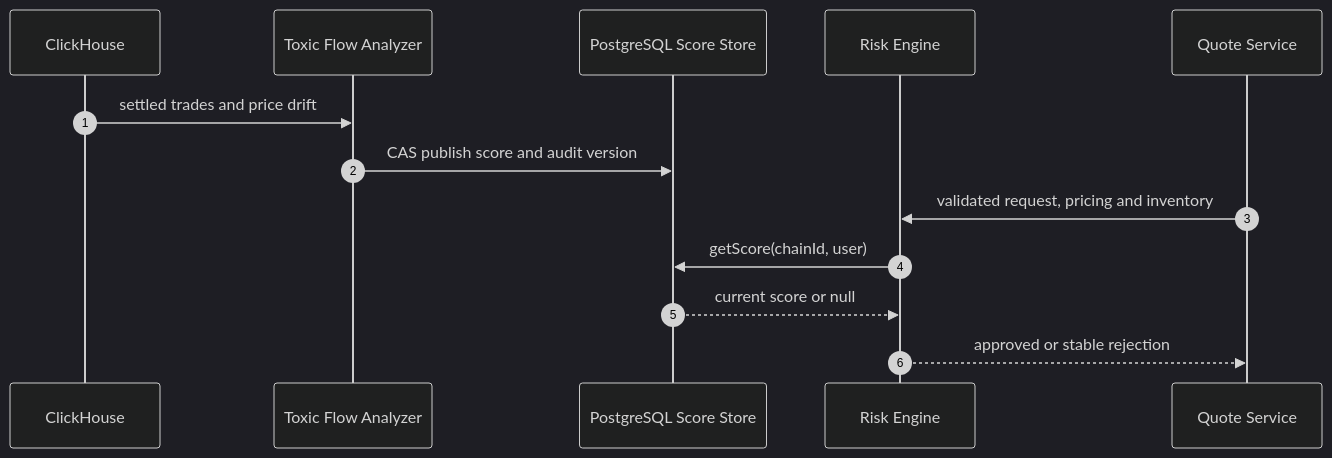
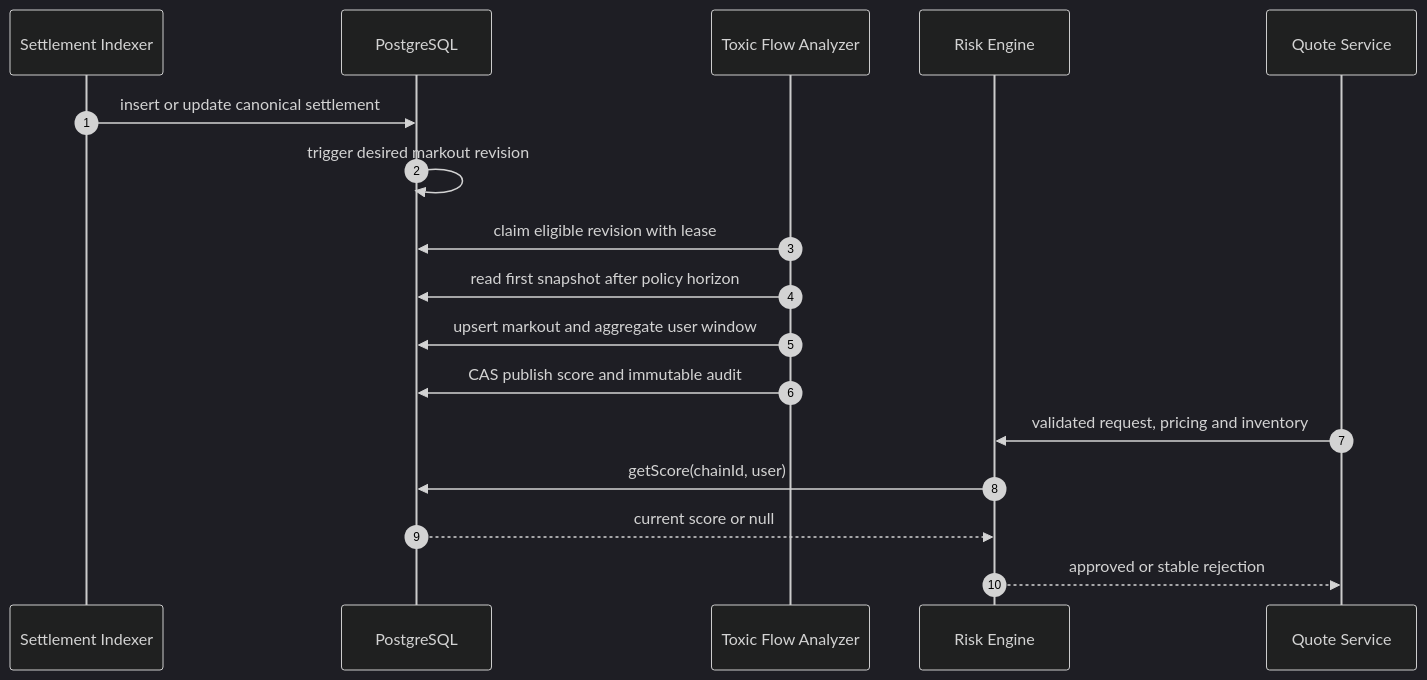
Before and after one commit to alvis-ai/production-grade-web3-rfq-market-maker: the second of 3 diagrams in book/Volume3-RiskEngine/Chapter06-Toxic-Flow.md, drawn with Mermaid (dark theme). The commit also changed other lines of this file and 57 other files, not shown here.

Commit message:
feat: automate toxic flow markout scoring

````diff
--- a/book/Volume3-RiskEngine/Chapter06-Toxic-Flow.md
+++ b/book/Volume3-RiskEngine/Chapter06-Toxic-Flow.md
@@ -69,16 +71,20 @@
 ```mermaid
 sequenceDiagram
   autonumber
-  participant CH as ClickHouse
+  participant I as Settlement Indexer
+  participant PG as PostgreSQL
   participant T as Toxic Flow Analyzer
-  participant S as PostgreSQL Score Store
   participant R as Risk Engine
   participant Q as Quote Service
 
-  CH->>T: settled trades and price drift
-  T->>S: CAS publish score and audit version
+  I->>PG: insert or update canonical settlement
+  PG->>PG: trigger desired markout revision
+  T->>PG: claim eligible revision with lease
+  T->>PG: read first snapshot after policy horizon
+  T->>PG: upsert markout and aggregate user window
+  T->>PG: CAS publish score and immutable audit
   Q->>R: validated request, pricing and inventory
-  R->>S: getScore(chainId, user)
-  S-->>R: current score or null
+  R->>PG: getScore(chainId, user)
+  PG-->>R: current score or null
   R-->>Q: approved or stable rejection
 ```
````
